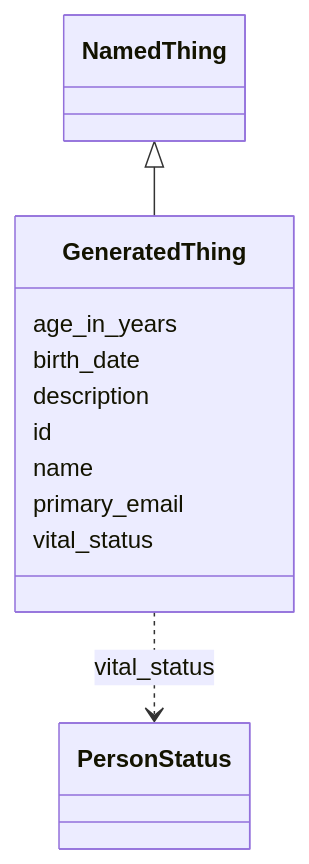
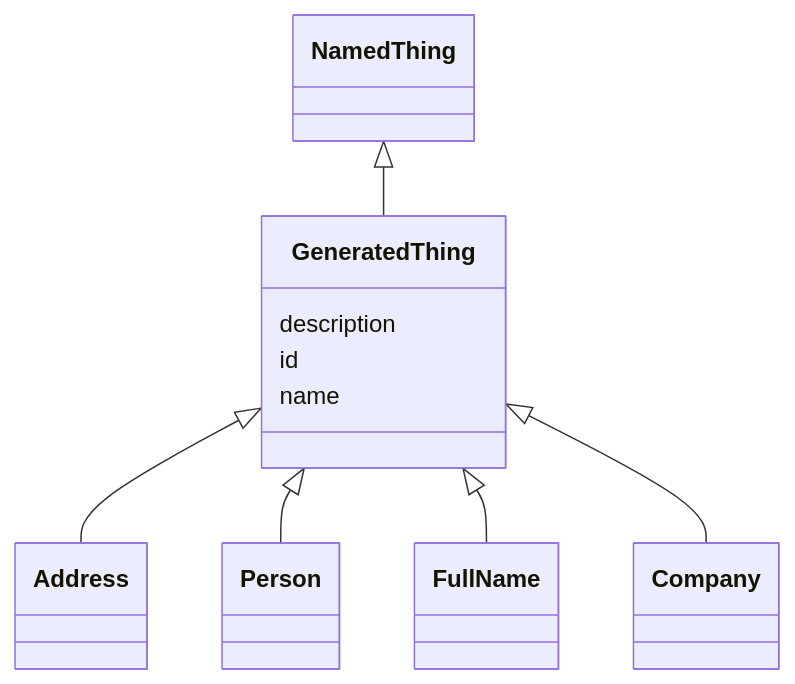
One commit to caufieldjh-in-space/mug changed the diagram in docs/GeneratedThing.md. Above: the diagram before and after it, drawn with Mermaid. The commit also changed other lines of this file and 78 other files, not shown here.

````diff
--- a/docs/GeneratedThing.md
+++ b/docs/GeneratedThing.md
@@ -11,23 +11,20 @@
 ```mermaid
  classDiagram
     class GeneratedThing
       NamedThing <|-- GeneratedThing
       
-      GeneratedThing : age_in_years
-        
-      GeneratedThing : birth_date
-        
+
+      GeneratedThing <|-- Address
+      GeneratedThing <|-- Person
+      GeneratedThing <|-- FullName
+      GeneratedThing <|-- Company
+      
+      
       GeneratedThing : description
         
       GeneratedThing : id
         
       GeneratedThing : name
         
-      GeneratedThing : primary_email
-        
-      GeneratedThing : vital_status
-        
-          GeneratedThing ..> PersonStatus : vital_status
-        
       
 ```
````
